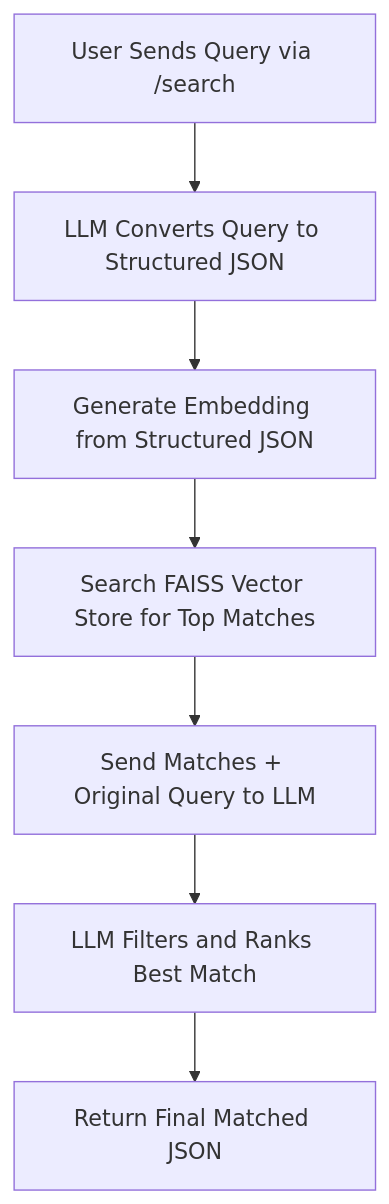
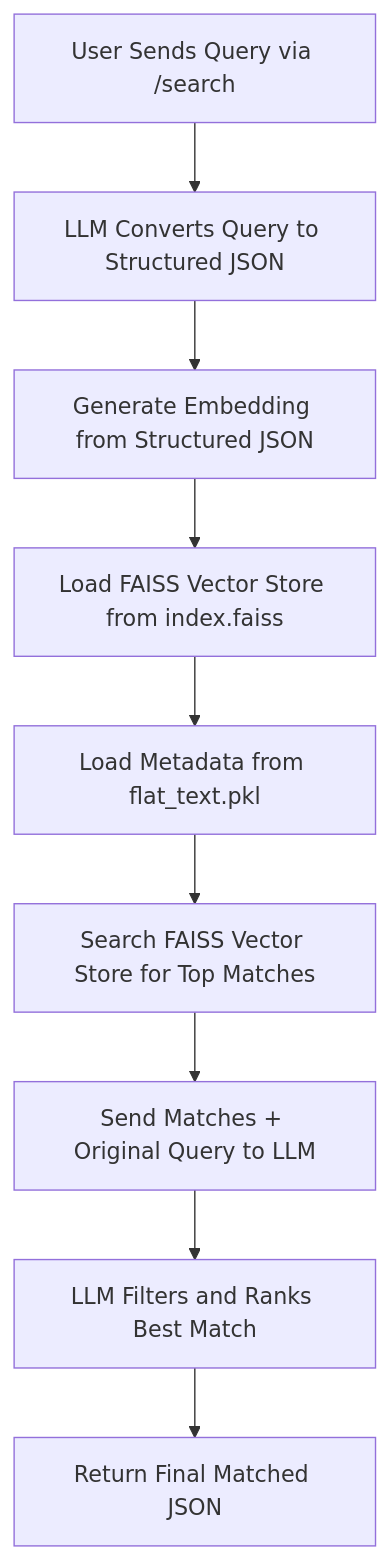
One commit to Kumaragurusankar/AIExamples changed the second of 2 diagrams in Requirement.md. Above: the diagram before and after it, drawn with Mermaid. The commit also changed other lines of this file, not shown here.

````diff
--- a/Requirement.md
+++ b/Requirement.md
@@ -10,10 +10,12 @@
 ```mermaid
 %% XML Search App Flow
 flowchart TD
     A[User Sends Query via /search] --> B[LLM Converts Query to Structured JSON]
     B --> C[Generate Embedding from Structured JSON]
-    C --> D[Search FAISS Vector Store for Top Matches]
-    D --> E[Send Matches + Original Query to LLM]
-    E --> F[LLM Filters and Ranks Best Match]
-    F --> G[Return Final Matched JSON]
+    C --> D[Load FAISS Vector Store from index.faiss]
+    D --> E[Load Metadata from flat_text.pkl]
+    E --> F[Search FAISS Vector Store for Top Matches]
+    F --> G[Send Matches + Original Query to LLM]
+    G --> H[LLM Filters and Ranks Best Match]
+    H --> I[Return Final Matched JSON]
 ```
````
